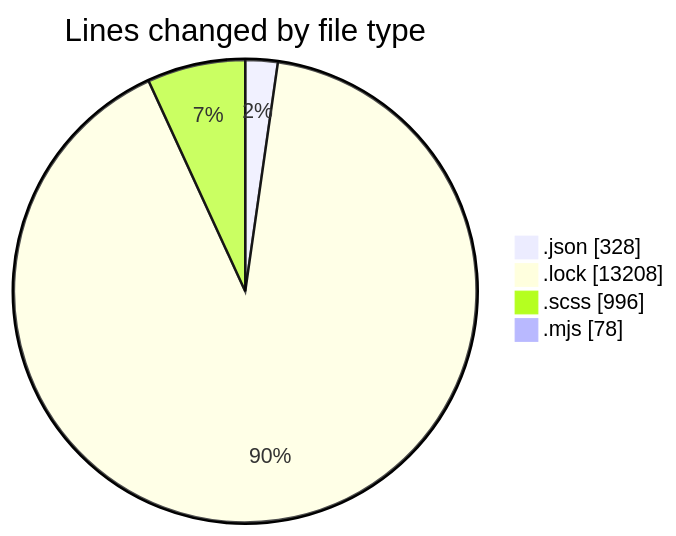
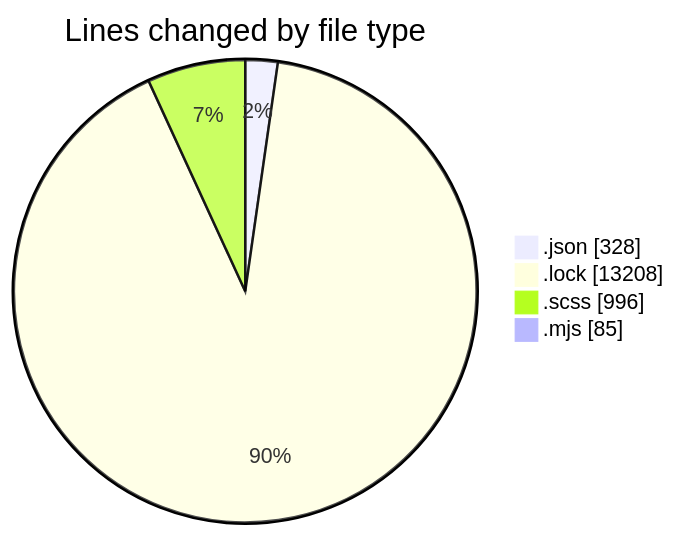
Before and after one commit to momahboobian/code-tracking: the first of 2 diagrams in 2026-01-26/cda/README.md, drawn with Mermaid. The commit also changed other lines of this file and 1 other file, not shown here.

````diff
--- a/2026-01-26/cda/README.md
+++ b/2026-01-26/cda/README.md
@@ -28,8 +28,8 @@
 ```mermaid
 pie showData
 title Lines changed by file type
 ".json" : 328
 ".lock" : 13208
 ".scss" : 996
-".mjs" : 78
+".mjs" : 85
 ```
````
